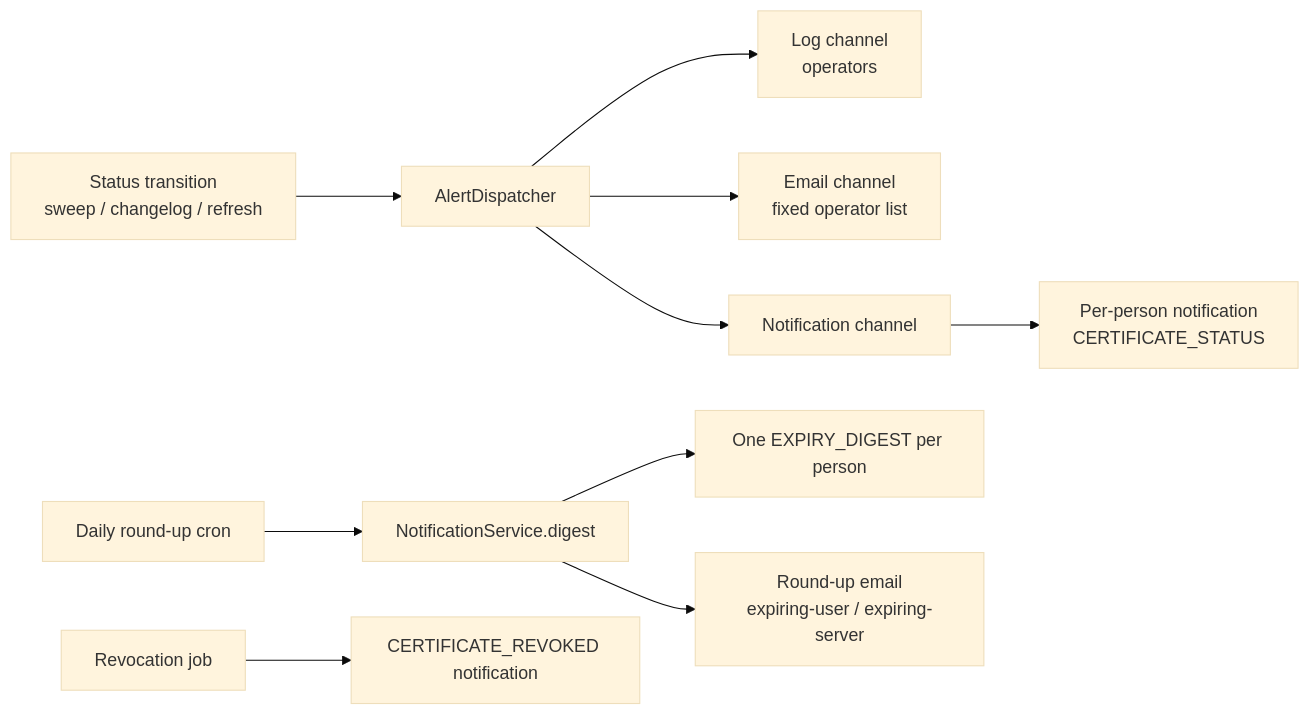
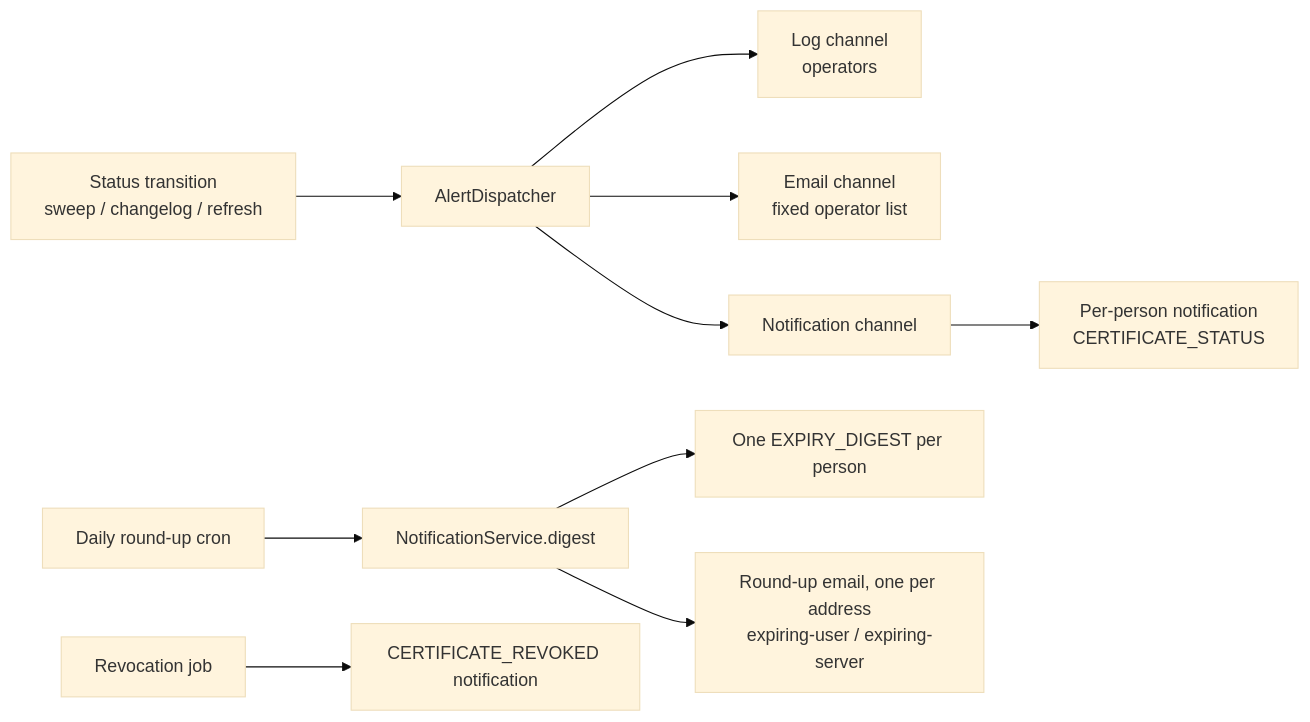
Before and after one commit to winllc/ens-apps-documentation: the fourth of 5 diagrams in docs/cert-alert/architecture.md, drawn with Mermaid (base theme). The commit also changed other lines of this file and 14 other files, not shown here.

````diff
--- a/docs/cert-alert/architecture.md
+++ b/docs/cert-alert/architecture.md
@@ -194,12 +207,12 @@
 ```mermaid
 flowchart LR
     T[Status transition<br/>sweep / changelog / refresh] --> AD[AlertDispatcher]
     AD --> LOG[Log channel<br/>operators]
     AD --> EM[Email channel<br/>fixed operator list]
     AD --> NAN[Notification channel]
     NAN --> PN[Per-person notification<br/>CERTIFICATE_STATUS]
     CRON[Daily round-up cron] --> NS[NotificationService.digest]
     NS --> DIG[One EXPIRY_DIGEST per person]
-    NS --> MAIL[Round-up email<br/>expiring-user / expiring-server]
+    NS --> MAIL[Round-up email, one per address<br/>expiring-user / expiring-server]
     REV[Revocation job] --> RV[CERTIFICATE_REVOKED notification]
 ```
````
